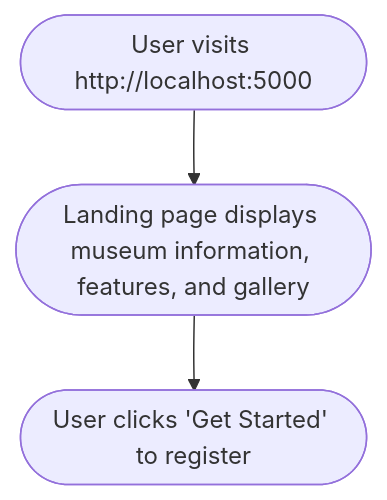
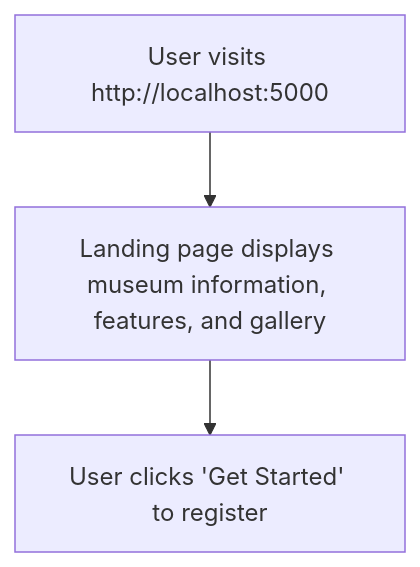
The first of 15 diagrams in STEP_BY_STEP_GUIDE.md (chaitanyasaiyerra/Musuem-chatbot), drawn with Mermaid before and after one commit. The commit also changed other lines of this file and 1 other file, not shown here.

Commit message:
docs: wrap mermaid nodes in standard boxes with quotes to prevent text wrapping

````diff
--- a/STEP_BY_STEP_GUIDE.md
+++ b/STEP_BY_STEP_GUIDE.md
@@ -15,5 +15,5 @@
 ```mermaid
 graph TD
-    A([User visits http://localhost:5000]) --> B([Landing page displays museum information, features, and gallery])
-    B --> C([User clicks 'Get Started' to register])
+    A["User visits http://localhost:5000"] --> B["Landing page displays museum information, features, and gallery"]
+    B --> C["User clicks 'Get Started' to register"]
 ```
````
